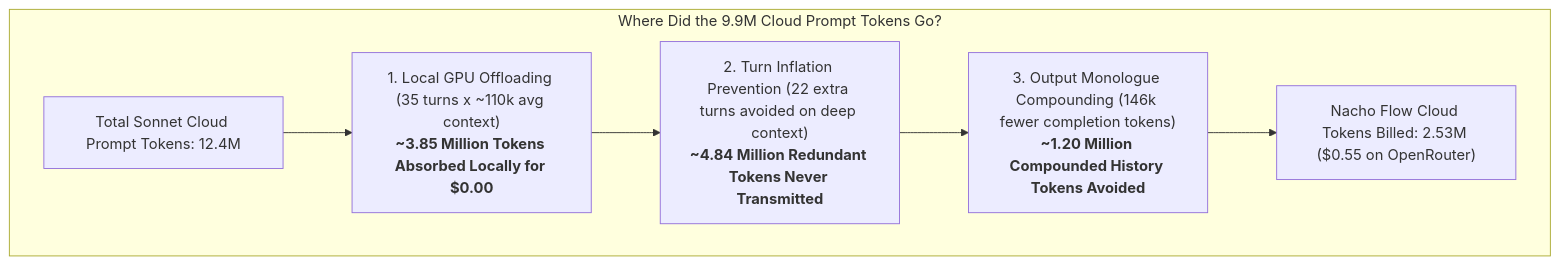
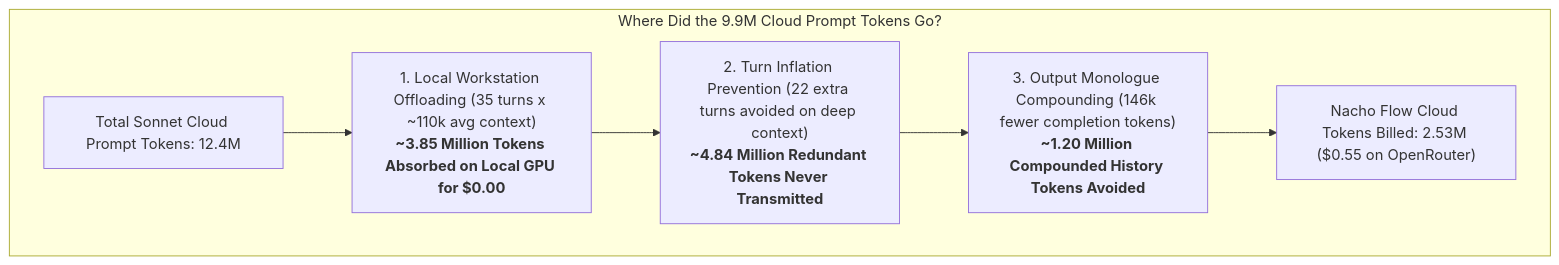
One commit to dixieflatline76/nacho-flow changed the third of 12 diagrams in site/docs/FRONTIER_CONTROL_STUDY_2026.md. Above: the diagram before and after it, drawn with Mermaid. The commit also changed other lines of this file and 1 other file, not shown here.

````diff
--- a/site/docs/FRONTIER_CONTROL_STUDY_2026.md
+++ b/site/docs/FRONTIER_CONTROL_STUDY_2026.md
@@ -119,12 +144,12 @@
 ```mermaid
 flowchart TD
     subgraph Gap["Where Did the 9.9M Cloud Prompt Tokens Go?"]
         A["Total Sonnet Cloud Prompt Tokens: 12.4M"]
-        B["1. Local GPU Offloading (35 turns x ~110k avg context)<br/><b>~3.85 Million Tokens Absorbed Locally for $0.00</b>"]
+        B["1. Local Workstation Offloading (35 turns x ~110k avg context)<br/><b>~3.85 Million Tokens Absorbed on Local GPU for $0.00</b>"]
         C["2. Turn Inflation Prevention (22 extra turns avoided on deep context)<br/><b>~4.84 Million Redundant Tokens Never Transmitted</b>"]
         D["3. Output Monologue Compounding (146k fewer completion tokens)<br/><b>~1.20 Million Compounded History Tokens Avoided</b>"]
         E["Nacho Flow Cloud Tokens Billed: 2.53M ($0.55 on OpenRouter)"]
         
         A --> B --> C --> D --> E
     end
 ```
````
